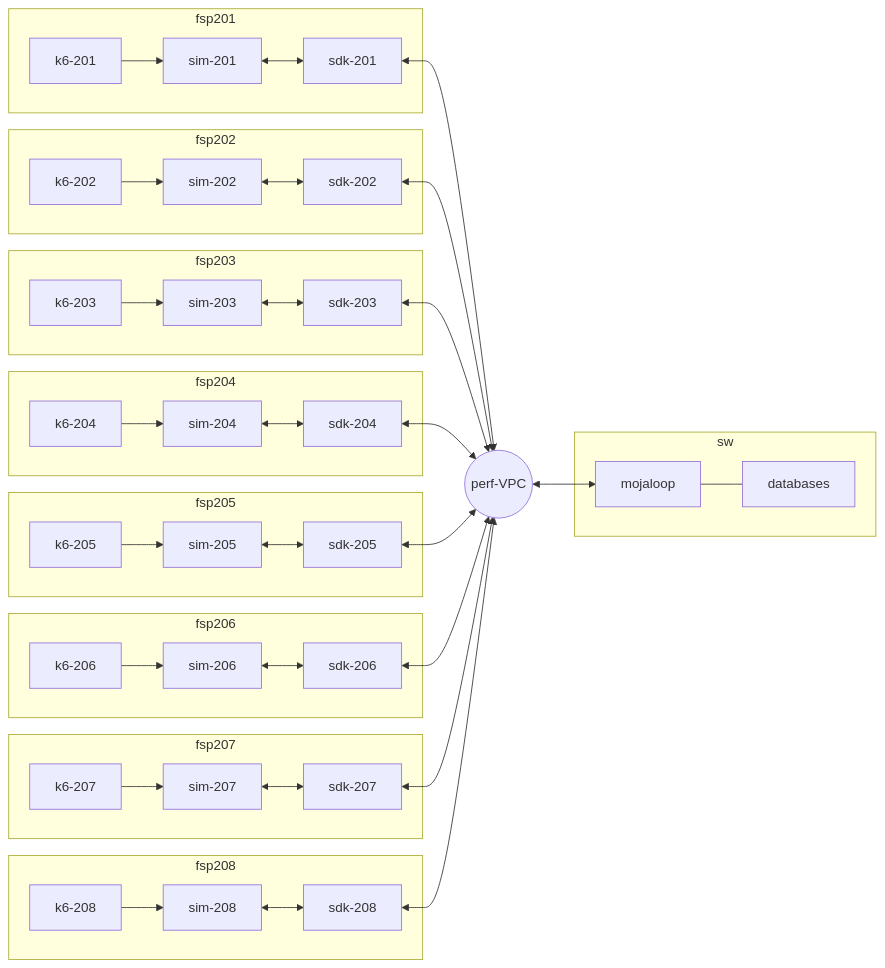
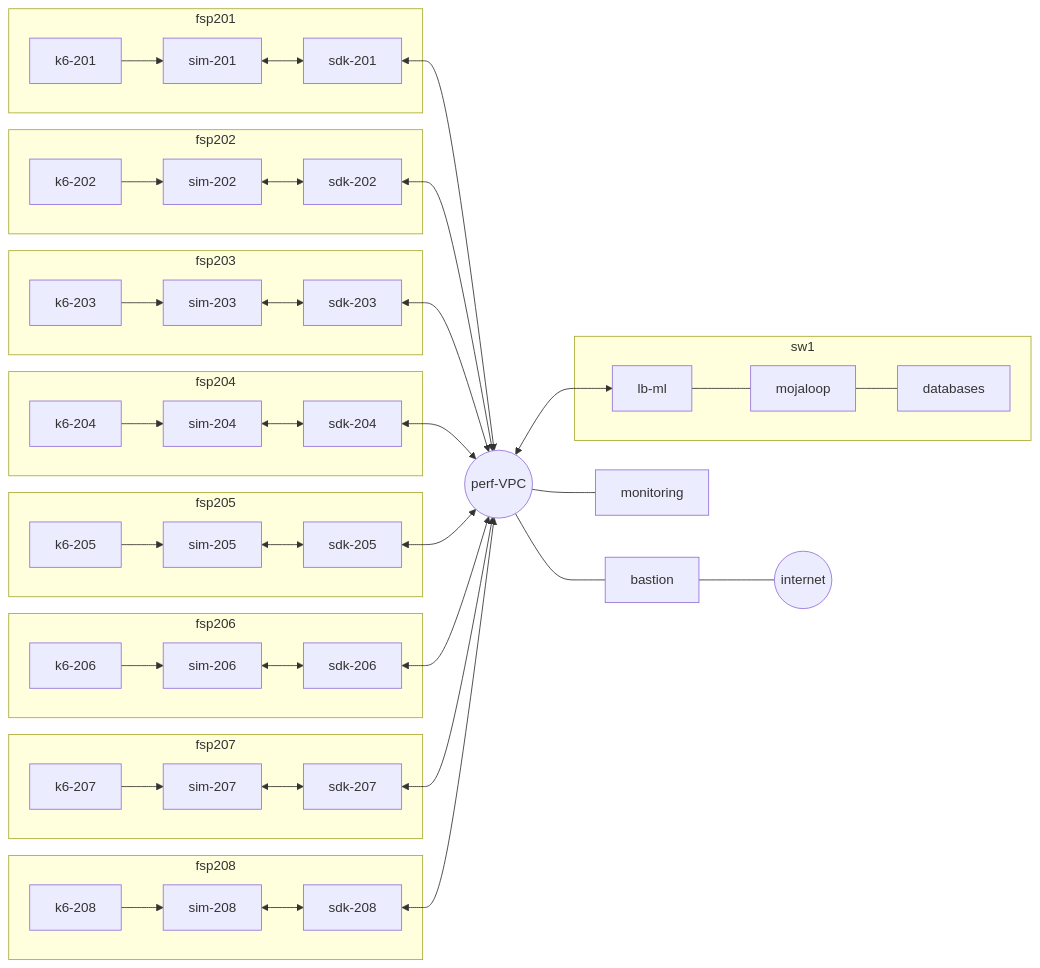
Before and after one commit to mojaloop/ml-perf-whitepaper-ws: the diagram in phases/02-infrastructure/architecture.md, drawn with Mermaid. The commit also changed 21 other files, not shown here.

````diff
--- a/phases/02-infrastructure/architecture.md
+++ b/phases/02-infrastructure/architecture.md
@@ -1,53 +1,57 @@
 ```mermaid
 graph LR
 
   perf-vpc((perf-VPC))
 
   subgraph fsp201
     k6-201 --> sim-201 <--> sdk-201
   end
 
   subgraph fsp202
     k6-202 --> sim-202 <--> sdk-202
   end
 
   subgraph fsp203
     k6-203 --> sim-203 <--> sdk-203
   end
 
   subgraph fsp204
     k6-204 --> sim-204 <--> sdk-204
   end
 
   subgraph fsp205
     k6-205 --> sim-205 <--> sdk-205
   end
 
   subgraph fsp206
     k6-206 --> sim-206 <--> sdk-206
   end
 
   subgraph fsp207
     k6-207 --> sim-207 <--> sdk-207
   end
 
   subgraph fsp208
     k6-208 --> sim-208 <--> sdk-208
   end
 
-  subgraph sw
-    mojaloop --- databases
+  subgraph sw1
+    lb-ml --- mojaloop --- databases
   end
 
   sdk-201 <--> perf-vpc
   sdk-202 <--> perf-vpc
   sdk-203 <--> perf-vpc
   sdk-204 <--> perf-vpc
   sdk-205 <--> perf-vpc
   sdk-206 <--> perf-vpc
   sdk-207 <--> perf-vpc
   sdk-208 <--> perf-vpc
 
-  perf-vpc <--> mojaloop
+  perf-vpc <--> lb-ml
+
+  perf-vpc --- monitoring
+
+  perf-vpc --- bastion --- internet((internet))
 
 ```
````
